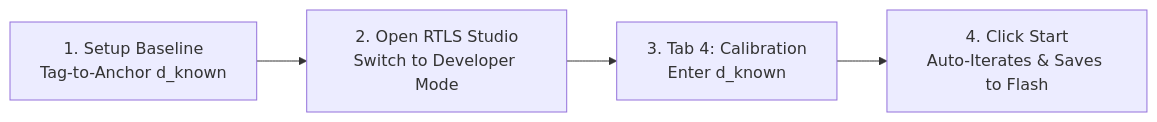
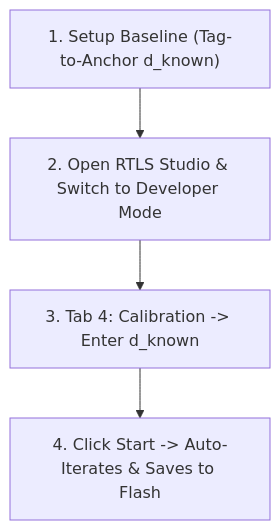
Before and after one commit to phuongmt08/uwb-rtls: the second of 2 diagrams in docs/hardware/antenna_calibration.md, drawn with Mermaid. The commit also changed 7 other files, not shown here.

Commit message:
docs: remove github pages deployment config and adjust mermaid diagram layouts

````diff
--- a/docs/hardware/antenna_calibration.md
+++ b/docs/hardware/antenna_calibration.md
@@ -87,4 +87,6 @@
 ```mermaid
-flowchart LR
-    A["1. Setup Baseline<br/>Tag-to-Anchor d_known"] --> B["2. Open RTLS Studio<br/>Switch to Developer Mode"] --> C["3. Tab 4: Calibration<br/>Enter d_known"] --> D["4. Click Start<br/>Auto-Iterates & Saves to Flash"]
+flowchart TD
+    A["1. Setup Baseline (Tag-to-Anchor d_known)"] --> B["2. Open RTLS Studio & Switch to Developer Mode"]
+    B --> C["3. Tab 4: Calibration -> Enter d_known"]
+    C --> D["4. Click Start -> Auto-Iterates & Saves to Flash"]
 ```
````
